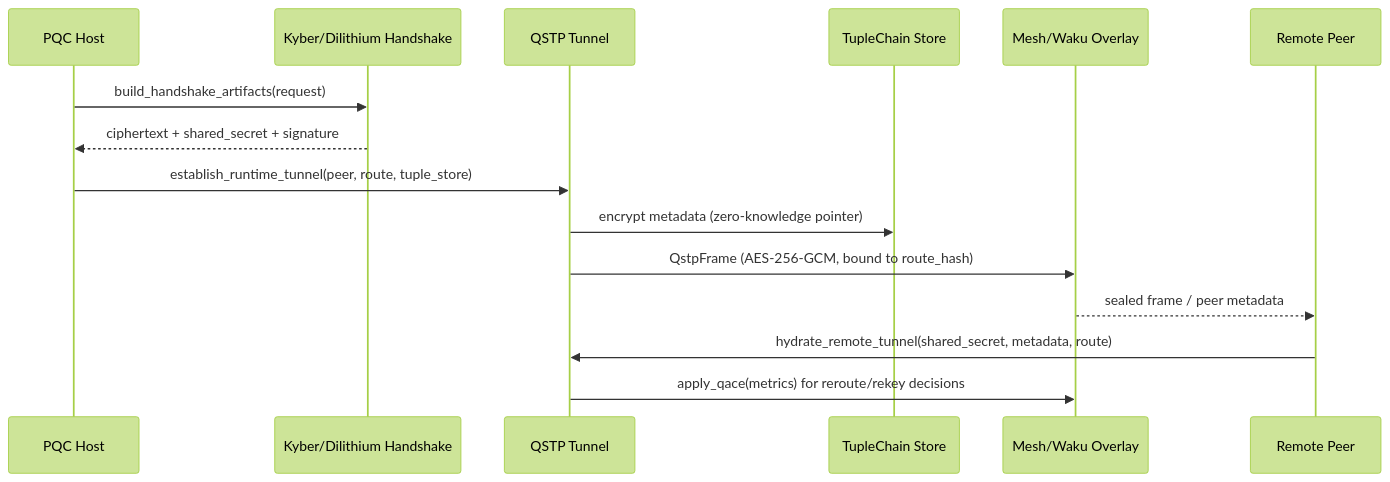
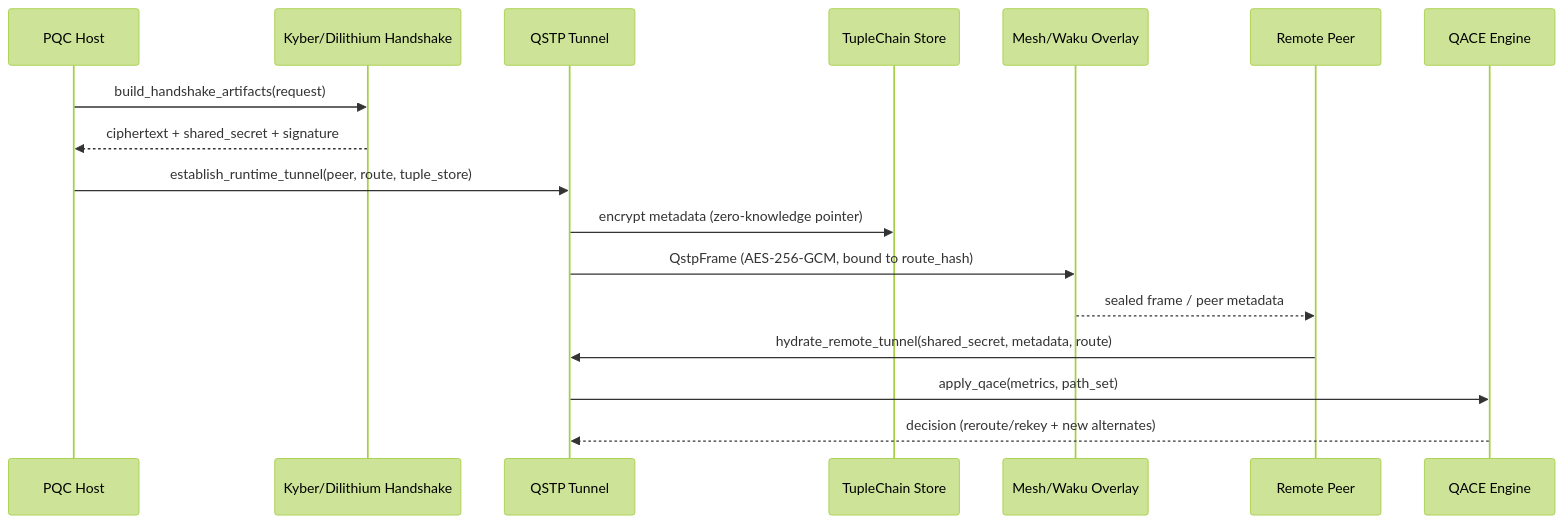
Before and after one commit to Lpierzina/pqc-tracing-bot: the diagram in pqcnet-contracts/pqcnet-qstp/README.md, drawn with Mermaid (forest theme). The commit also changed other lines of this file and 524 other files, not shown here.

````diff
--- a/pqcnet-contracts/pqcnet-qstp/README.md
+++ b/pqcnet-contracts/pqcnet-qstp/README.md
@@ -15,18 +15,20 @@
 ```mermaid
 sequenceDiagram
     participant Host as PQC Host
     participant Handshake as Kyber/Dilithium Handshake
     participant Tunnel as QSTP Tunnel
     participant Tuple as TupleChain Store
     participant Mesh as Mesh/Waku Overlay
     participant Peer as Remote Peer
+    participant QACE as QACE Engine
 
     Host->>Handshake: build_handshake_artifacts(request)
     Handshake-->>Host: ciphertext + shared_secret + signature
     Host->>Tunnel: establish_runtime_tunnel(peer, route, tuple_store)
     Tunnel->>Tuple: encrypt metadata (zero-knowledge pointer)
     Tunnel->>Mesh: QstpFrame (AES-256-GCM, bound to route_hash)
     Mesh-->>Peer: sealed frame / peer metadata
     Peer->>Tunnel: hydrate_remote_tunnel(shared_secret, metadata, route)
-    Tunnel->>Mesh: apply_qace(metrics) for reroute/rekey decisions
+    Tunnel->>QACE: apply_qace(metrics, path_set)
+    QACE-->>Tunnel: decision (reroute/rekey + new alternates)
 ```
````
